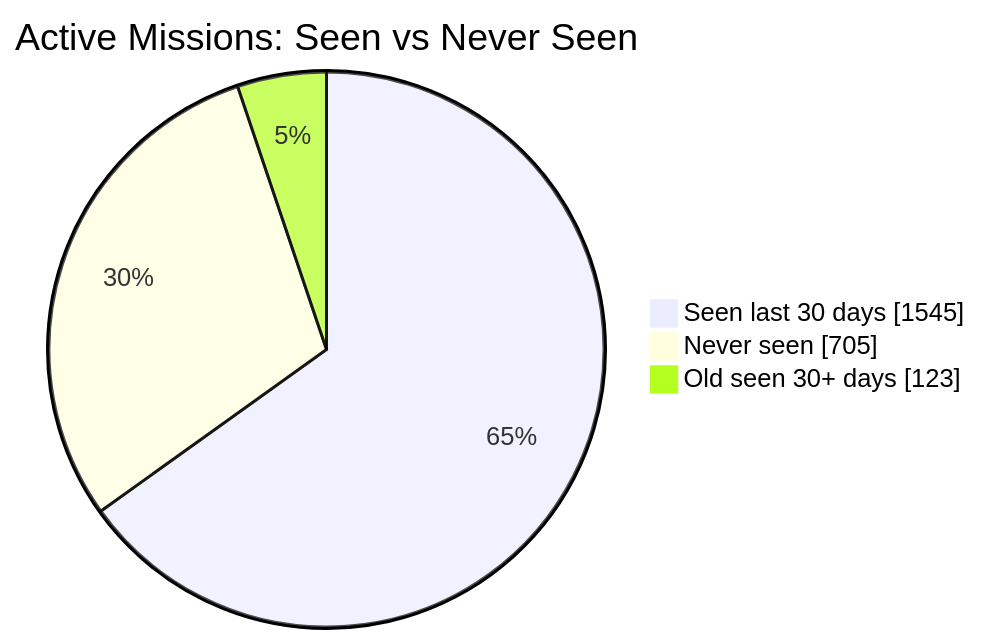
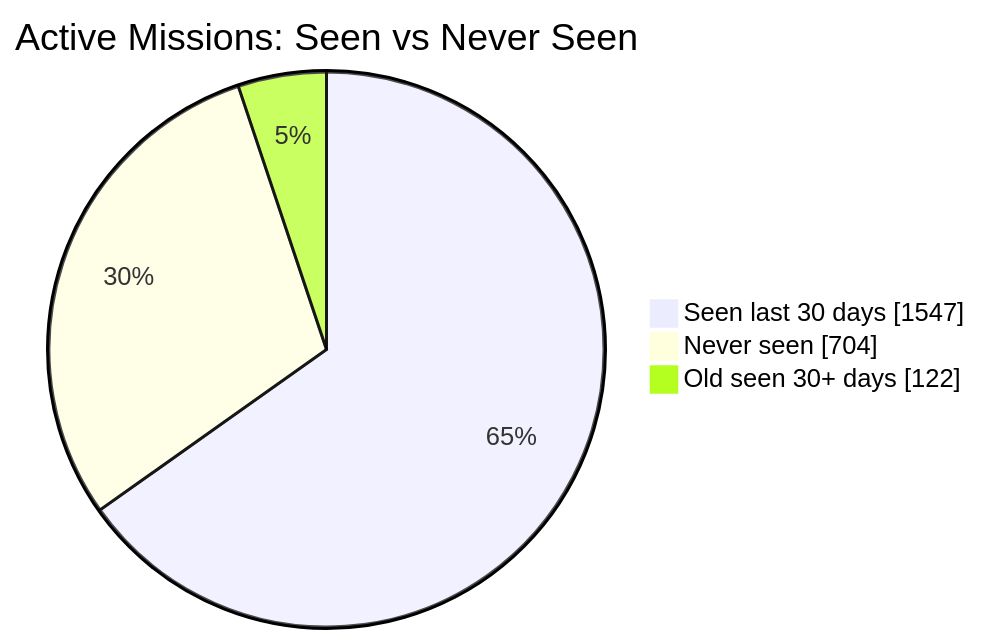
One commit to MeldkamerspelGameTeam/active-missions changed the first of 2 diagrams in README.md. Above: the diagram before and after it, drawn with Mermaid. The commit also changed other lines of this file and 3 other files, not shown here.

````diff
--- a/README.md
+++ b/README.md
@@ -34,7 +34,7 @@
 ```mermaid
 pie showData
     title Active Missions: Seen vs Never Seen
-    "Seen last 30 days" : 1545
-    "Never seen" : 705
-    "Old seen 30+ days" : 123
+    "Seen last 30 days" : 1547
+    "Never seen" : 704
+    "Old seen 30+ days" : 122
 ```
````
